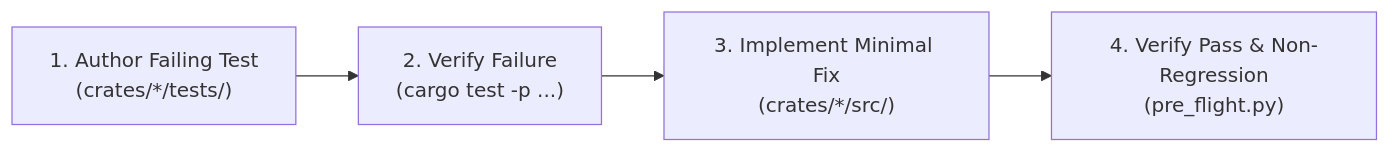
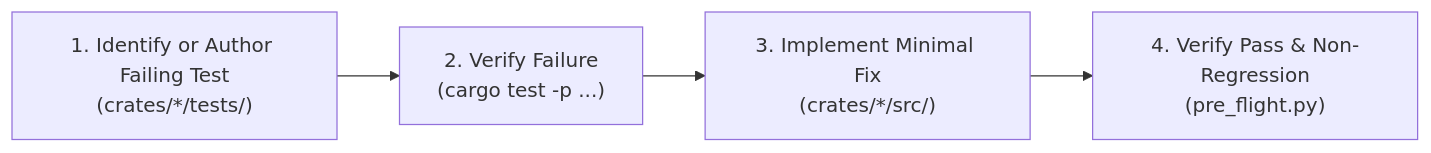
One commit to tomek-anuszkiewicz/amiga-studio changed the diagram in .agents/rules/repro-first.md. Above: the diagram before and after it, drawn with Mermaid. The commit also changed other lines of this file and 47 other files, not shown here.

````diff
--- a/.agents/rules/repro-first.md
+++ b/.agents/rules/repro-first.md
@@ -12,6 +12,6 @@
 ```mermaid
 flowchart LR
-    A["1. Author Failing Test<br/>(crates/*/tests/)"] --> B["2. Verify Failure<br/>(cargo test -p ...)"]
+    A["1. Identify or Author Failing Test<br/>(crates/*/tests/)"] --> B["2. Verify Failure<br/>(cargo test -p ...)"]
     B --> C["3. Implement Minimal Fix<br/>(crates/*/src/)"]
     C --> D["4. Verify Pass & Non-Regression<br/>(pre_flight.py)"]
 ```
````
